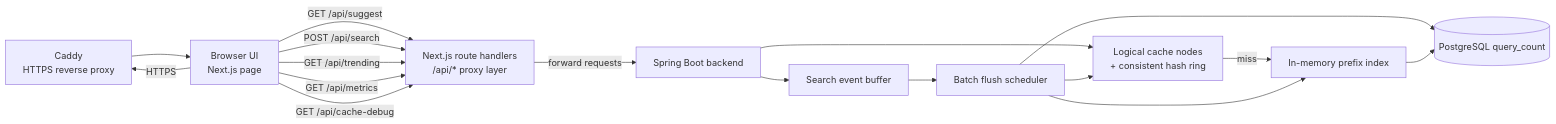
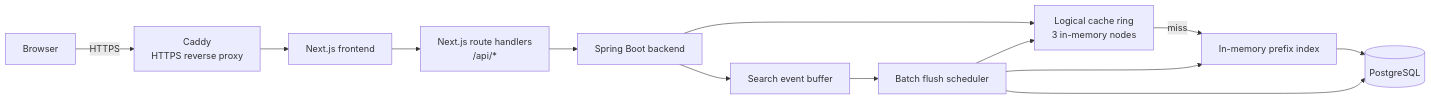
Before and after one commit to lowkeyarhan/HLD-TypeAhead: the diagram in docs/project-report.md, drawn with Mermaid. The commit also changed other lines of this file, not shown here.

````diff
--- a/docs/project-report.md
+++ b/docs/project-report.md
@@ -7,32 +47,28 @@
 ```mermaid
 flowchart LR
+    Browser["Browser"]
     Caddy["Caddy<br/>HTTPS reverse proxy"]
-    Browser["Browser UI<br/>Next.js page"]
-    Proxy["Next.js route handlers<br/>/api/* proxy layer"]
+    Next["Next.js frontend"]
+    Proxy["Next.js route handlers<br/>/api/*"]
     Spring["Spring Boot backend"]
-    Cache["Logical cache nodes<br/>+ consistent hash ring"]
+    Cache["Logical cache ring<br/>3 in-memory nodes"]
     Index["In-memory prefix index"]
     Buffer["Search event buffer"]
     Scheduler["Batch flush scheduler"]
-    Postgres[("PostgreSQL query_count")]
+    Postgres[("PostgreSQL")]
 
     Browser -->|HTTPS| Caddy
-    Caddy --> Browser
-
-    Browser -->|GET /api/suggest| Proxy
-    Browser -->|POST /api/search| Proxy
-    Browser -->|GET /api/trending| Proxy
-    Browser -->|GET /api/metrics| Proxy
-    Browser -->|GET /api/cache-debug| Proxy
-
-    Proxy -->|forward requests| Spring
+    Caddy --> Next
+    Next --> Proxy
+    Proxy --> Spring
 
     Spring --> Cache
     Cache -->|miss| Index
+    Index --> Postgres
+
     Spring --> Buffer
     Buffer --> Scheduler
     Scheduler --> Postgres
     Scheduler --> Index
     Scheduler --> Cache
-    Index --> Postgres
 ```
````
